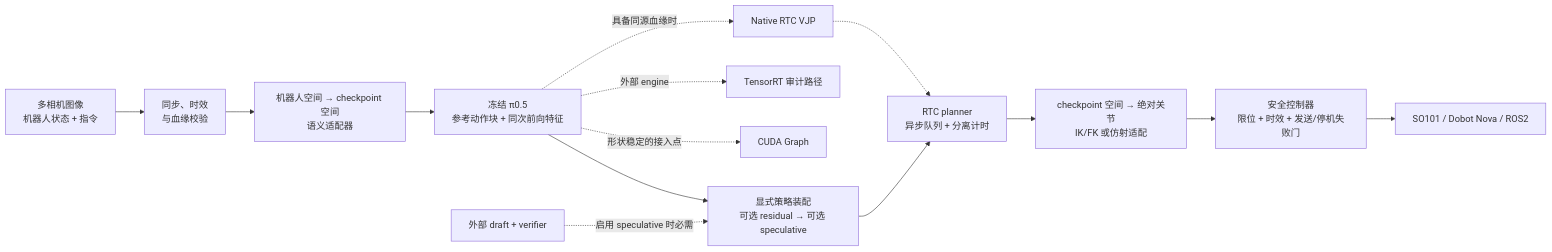
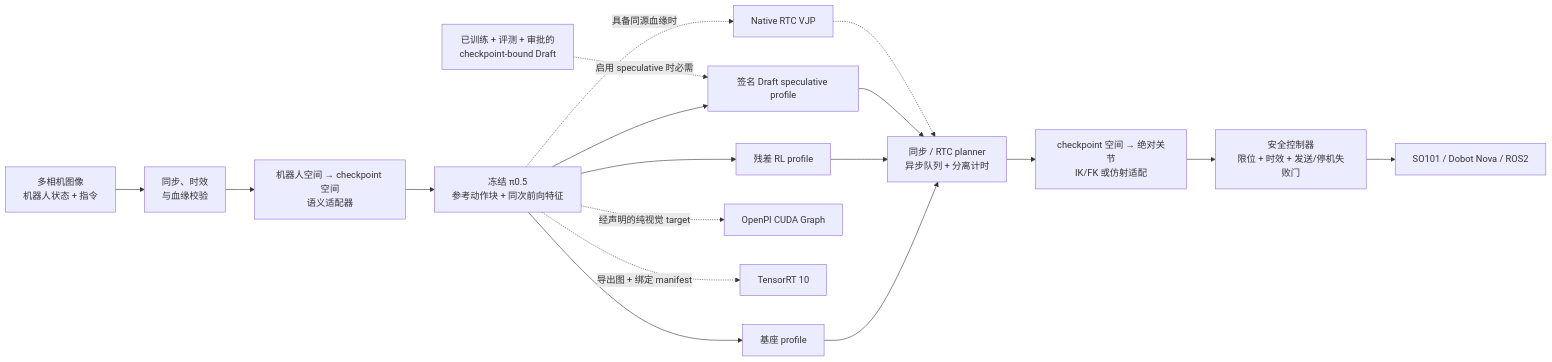
One commit to xlr1012514182/RLinf changed the diagram in examples/embodiment/fibocom_vla/README_ZH.md. Above: the diagram before and after it, drawn with Mermaid. The commit also changed other lines of this file and 24 other files, not shown here.

````diff
--- a/examples/embodiment/fibocom_vla/README_ZH.md
+++ b/examples/embodiment/fibocom_vla/README_ZH.md
@@ -31,17 +36,21 @@
 ```mermaid
 flowchart LR
     O["多相机图像<br/>机器人状态 + 指令"] --> G["同步、时效<br/>与血缘校验"]
     G --> S["机器人空间 → checkpoint 空间<br/>语义适配器"]
     S --> P["冻结 π0.5<br/>参考动作块 + 同次前向特征"]
-    P --> W["显式策略装配<br/>可选 residual → 可选 speculative"]
-    W --> Q["RTC planner<br/>异步队列 + 分离计时"]
+    P --> B["基座 profile"]
+    P --> R["残差 RL profile"]
+    P --> W["签名 Draft speculative profile"]
+    B --> Q["同步 / RTC planner<br/>异步队列 + 分离计时"]
+    R --> Q
+    W --> Q
     Q --> A["checkpoint 空间 → 绝对关节<br/>IK/FK 或仿射适配"]
     A --> C["安全控制器<br/>限位 + 时效 + 发送/停机失败门"]
     C --> H["SO101 / Dobot Nova / ROS2"]
 
-    P -. "形状稳定的接入点" .-> CG["CUDA Graph"]
-    P -. "外部 engine" .-> TR["TensorRT 审计路径"]
-    EXT["外部 draft + verifier"] -. "启用 speculative 时必需" .-> W
+    P -. "经声明的纯视觉 target" .-> CG["OpenPI CUDA Graph"]
+    P -. "导出图 + 绑定 manifest" .-> TR["TensorRT 10"]
+    EXT["已训练 + 评测 + 审批的<br/>checkpoint-bound Draft"] -. "启用 speculative 时必需" .-> W
     P -. "具备同源血缘时" .-> NR["Native RTC VJP"]
     NR -.-> Q
 ```
````
